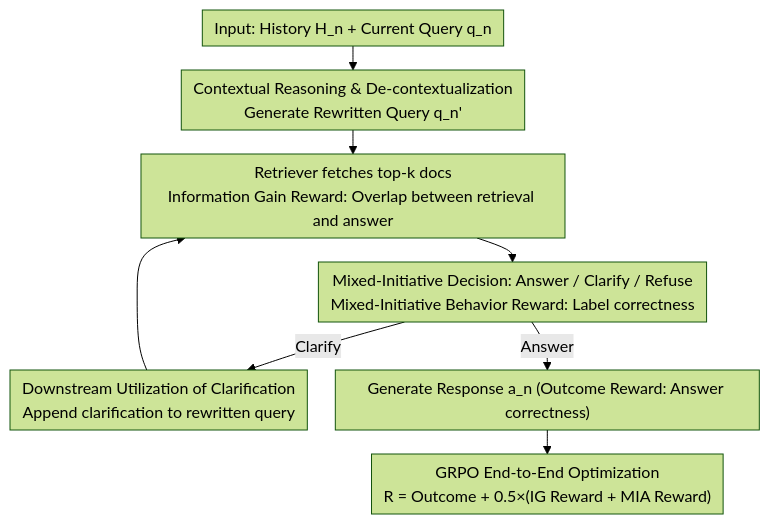
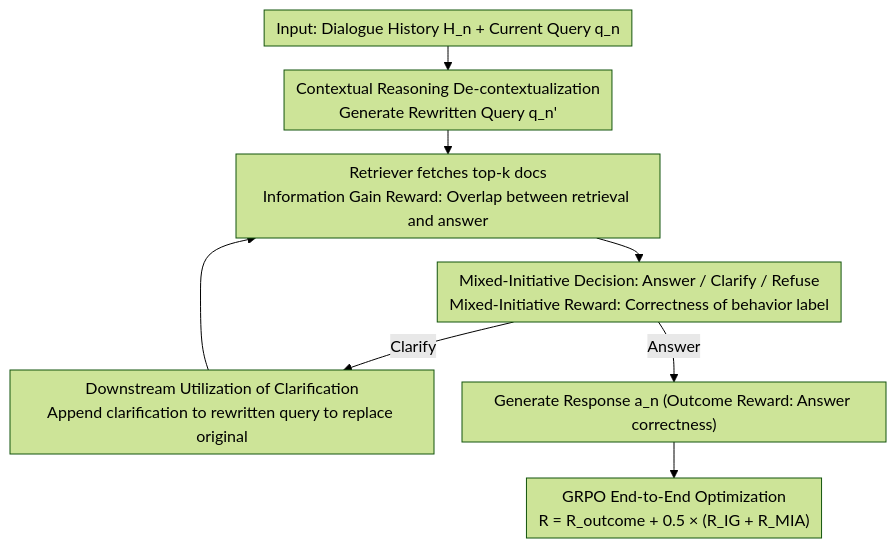
Before and after one commit to zhaoyang97/Paper-Notes-en: the diagram in docs/ACL2026/information_retrieval/agentic_conversational_search_with_contextualized_reasoning_via_reinforcement_le.md, drawn with Mermaid (forest theme). The commit also changed other lines of this file and 5084 other files, not shown here.

````diff
--- a/docs/ACL2026/information_retrieval/agentic_conversational_search_with_contextualized_reasoning_via_reinforcement_le.md
+++ b/docs/ACL2026/information_retrieval/agentic_conversational_search_with_contextualized_reasoning_via_reinforcement_le.md
@@ -45,11 +45,11 @@
 ```mermaid
 %%{init: {'flowchart': {'rankSpacing': 24, 'nodeSpacing': 28, 'padding': 6, 'wrappingWidth': 400}}}%%
 flowchart TD
-    A["Input: History H_n + Current Query q_n"] --> B["Contextual Reasoning & De-contextualization<br/>Generate Rewritten Query q_n'"]
+    A["Input: Dialogue History H_n + Current Query q_n"] --> B["Contextual Reasoning De-contextualization<br/>Generate Rewritten Query q_n'"]
     B --> C["Retriever fetches top-k docs<br/>Information Gain Reward: Overlap between retrieval and answer"]
-    C --> D["Mixed-Initiative Decision: Answer / Clarify / Refuse<br/>Mixed-Initiative Behavior Reward: Label correctness"]
-    D -->|Clarify| E["Downstream Utilization of Clarification<br/>Append clarification to rewritten query"]
+    C --> D["Mixed-Initiative Decision: Answer / Clarify / Refuse<br/>Mixed-Initiative Reward: Correctness of behavior label"]
+    D -->|Clarify| E["Downstream Utilization of Clarification<br/>Append clarification to rewritten query to replace original"]
     E --> C
     D -->|Answer| F["Generate Response a_n (Outcome Reward: Answer correctness)"]
-    F --> G["GRPO End-to-End Optimization<br/>R = Outcome + 0.5×(IG Reward + MIA Reward)"]
+    F --> G["GRPO End-to-End Optimization<br/>R = R_outcome + 0.5 × (R_IG + R_MIA)"]
 ```
````
